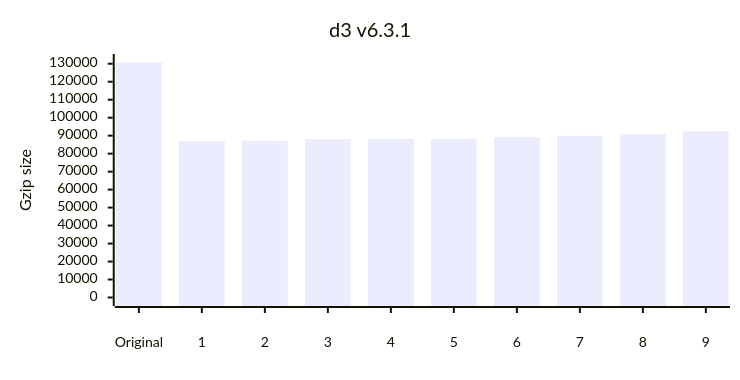
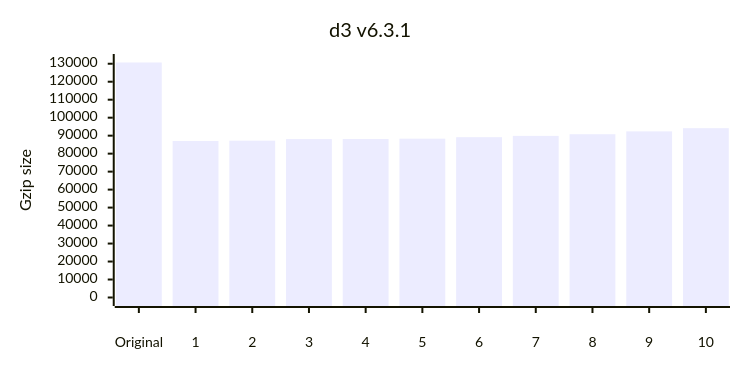
Before and after one commit to privatenumber/minification-benchmarks: the sixth of 12 diagrams in README.md, drawn with Mermaid. The commit also changed other lines of this file and 1 other file, not shown here.

````diff
--- a/README.md
+++ b/README.md
@@ -277,17 +277,17 @@
 ```mermaid
 ---
 config:
     xyChart:
         width: 720
         height: 360
         xAxis:
             labelPadding: 20
         yAxis:
             labelPadding: 10
 ---
 xychart-beta
 	title "d3 v6.3.1"
-	x-axis ["Original",1,2,3,4,5,6,7,8,9]
+	x-axis ["Original",1,2,3,4,5,6,7,8,9,10]
 	y-axis "Gzip size" 0 --> 130686
-	bar [130686,87016,87205,88087,88148,88319,89156,89882,90800,92395]
+	bar [130686,87016,87205,88087,88148,88319,89156,89882,90800,92395,94166]
 ```
````
